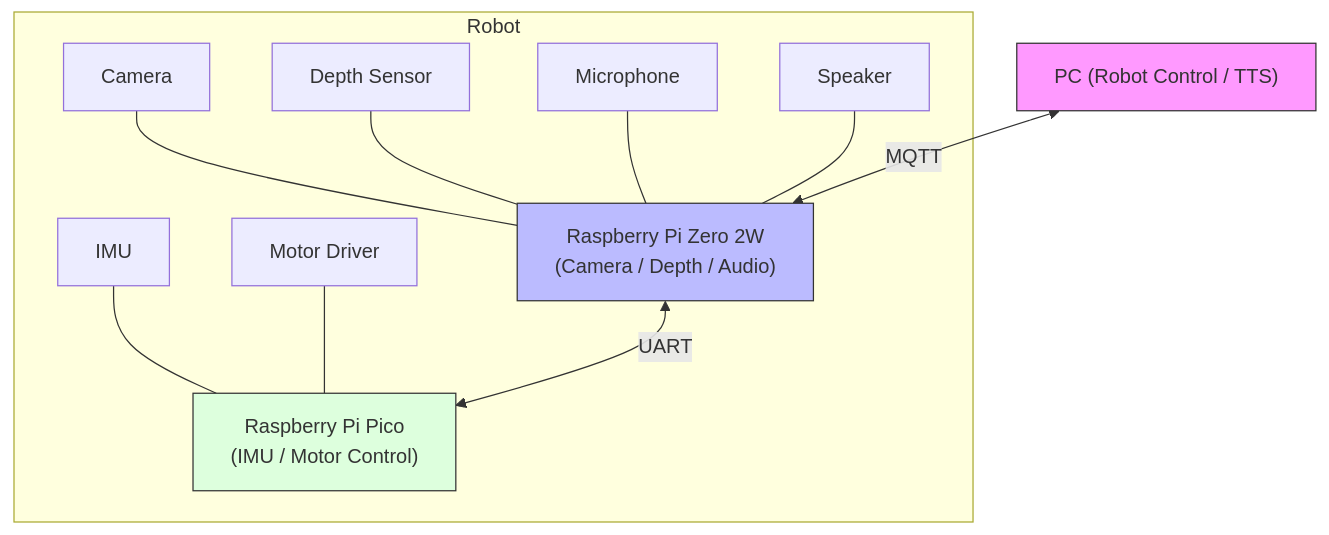
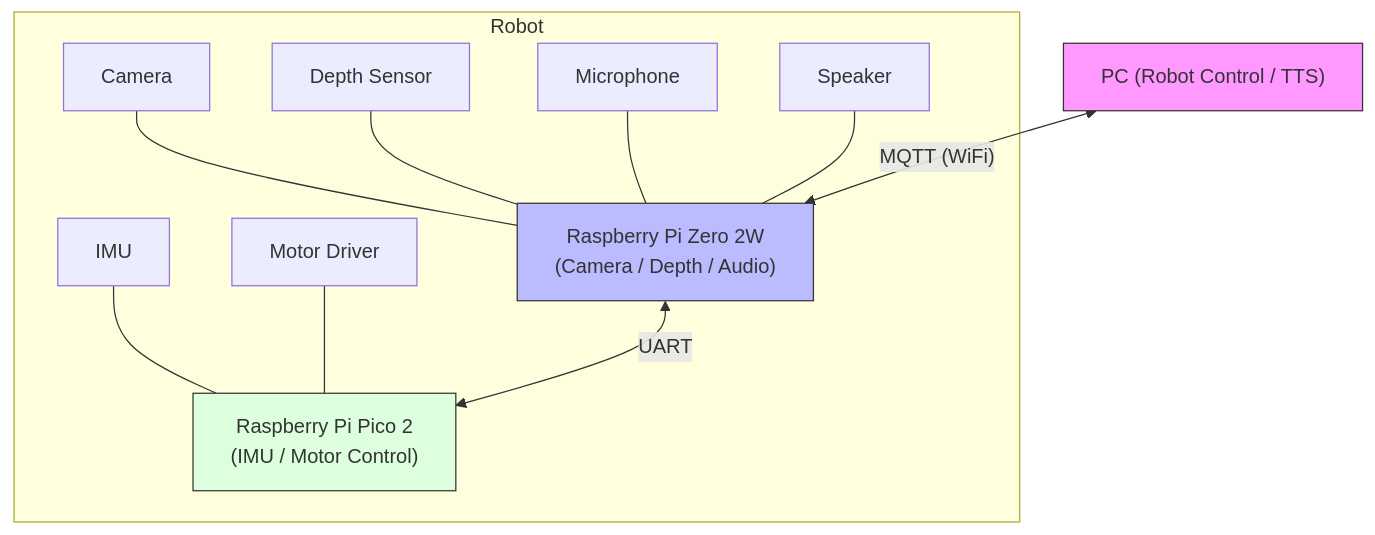
The diagram in README.md (cooler276/RobotC), drawn with Mermaid before and after one commit. The commit also changed other lines of this file and 37 other files, not shown here.

````diff
--- a/README.md
+++ b/README.md
@@ -4,24 +7,19 @@
 ```mermaid
 graph TD
-    PC["PC (Robot Control / TTS)"]
-
-    subgraph Robot
-        Zero2W["Raspberry Pi Zero 2W<br>(Camera / Depth / Audio)"]
-        Pico["Raspberry Pi Pico<br>(IMU / Motor Control)"]
-
-        Camera["Camera"] --- Zero2W
-        Depth["Depth Sensor"] --- Zero2W
-        Mic["Microphone"] --- Zero2W
-        Speaker["Speaker"] --- Zero2W
-
-        IMU["IMU"] --- Pico
-        Motor["Motor Driver"] --- Pico
-    end
-
-    PC <-- "MQTT" --> Zero2W
-    Zero2W <-- "UART" --> Pico
-
-    style PC fill:#f9f,stroke:#333
-    style Zero2W fill:#bbf,stroke:#333
-    style Pico fill:#dfd,stroke:#333
+        PC["PC (Robot Control / TTS)"]
+        subgraph Robot
+                Zero2W["Raspberry Pi Zero 2W<br>(Camera / Depth / Audio)"]
+                Pico["Raspberry Pi Pico 2<br>(IMU / Motor Control)"]
+                Camera["Camera"] --- Zero2W
+                Depth["Depth Sensor"] --- Zero2W
+                Mic["Microphone"] --- Zero2W
+                Speaker["Speaker"] --- Zero2W
+                IMU["IMU"] --- Pico
+                Motor["Motor Driver"] --- Pico
+        end
+        PC <-- "MQTT (WiFi)" --> Zero2W
+        Zero2W <-- "UART" --> Pico
+        style PC fill:#f9f,stroke:#333
+        style Zero2W fill:#bbf,stroke:#333
+        style Pico fill:#dfd,stroke:#333
 ```
````
